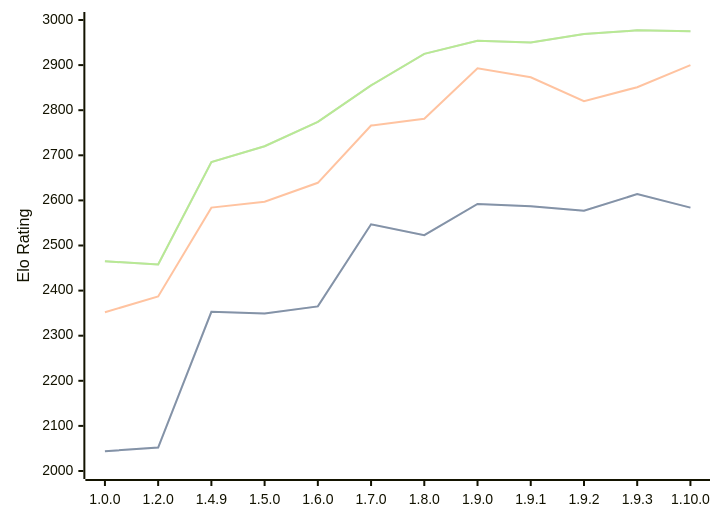
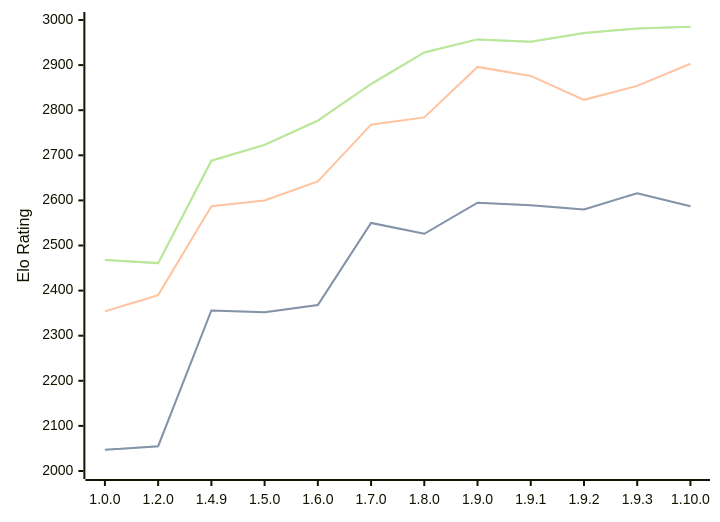
One commit to computer-chess-index/cci changed the diagram in engines/Basilisk.md. Above: the diagram before and after it, drawn with Mermaid. The commit also changed other lines of this file, not shown here.

Commit message:
Update CCI Ratings (ELO VLTC) - 2026-09-24

````diff
--- a/engines/Basilisk.md
+++ b/engines/Basilisk.md
@@ -55,11 +55,11 @@
 ```mermaid
 %%{init: {"theme":"base","themeVariables":{"seriesColors:['#a3a3a3','#222221','#faa371']}}}%%
 xychart-beta
   x-axis ["1.0.0", "1.2.0", "1.4.9", "1.5.0", "1.6.0", "1.7.0", "1.8.0", "1.9.0", "1.9.1", "1.9.2", "1.9.3", "1.10.0"]
   y-axis "Elo Rating" 2000 --> 3000
-  line "" [2044, 2052, 2353, 2349, 2365, 2547, 2523, 2592, 2587, 2577, 2614, 2584]
-  line "STC (8.0+0.08s)" [2044, 2052, 2353, 2349, 2365, 2547, 2523, 2592, 2587, 2577, 2614, 2584]
-  line "LTC (60.0+0.60s)" [2352, 2387, 2584, 2597, 2639, 2766, 2781, 2893, 2873, 2820, 2851, 2900]
-  line "" [2465, 2458, 2685, 2720, 2774, 2855, 2925, 2954, 2950, 2969, 2977, 2975]
-  line "VLTC (2m24s+1.12s)" [2465, 2458, 2685, 2720, 2774, 2855, 2925, 2954, 2950, 2969, 2977, 2975]
+  line "" [2047, 2055, 2356, 2352, 2368, 2550, 2526, 2595, 2589, 2580, 2616, 2587]
+  line "STC (8.0+0.08s)" [2047, 2055, 2356, 2352, 2368, 2550, 2526, 2595, 2589, 2580, 2616, 2587]
+  line "LTC (60.0+0.60s)" [2354, 2390, 2587, 2600, 2642, 2768, 2784, 2896, 2876, 2823, 2854, 2903]
+  line "" [2468, 2461, 2688, 2723, 2777, 2858, 2928, 2957, 2952, 2971, 2981, 2985]
+  line "VLTC (2m24s+1.12s)" [2468, 2461, 2688, 2723, 2777, 2858, 2928, 2957, 2952, 2971, 2981, 2985]
 ```
````
